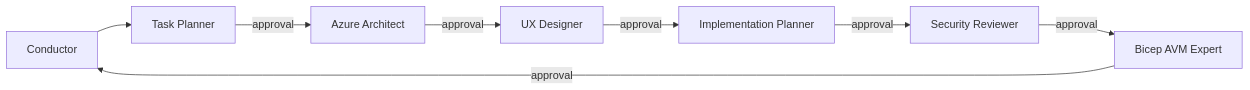
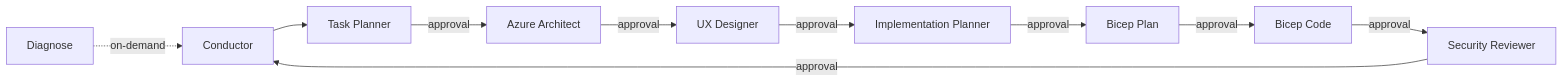
The second of 2 diagrams in docs/agents-and-skills.md (jonathan-vella/hacker-board), drawn with Mermaid before and after one commit. The commit also changed other lines of this file and 29 other files, not shown here.

First line of the commit message:
feat(agents): replace Bicep AVM Expert with Bicep Plan/Code, add Diagnose agent and azure-diagrams skill

````diff
--- a/docs/agents-and-skills.md
+++ b/docs/agents-and-skills.md
@@ -104,10 +109,12 @@
 ```mermaid
 graph LR
     C[Conductor] --> TP[Task Planner]
     TP -->|approval| AA[Azure Architect]
     AA -->|approval| UX[UX Designer]
     UX -->|approval| IP[Implementation Planner]
-    IP -->|approval| SR[Security Reviewer]
-    SR -->|approval| BA[Bicep AVM Expert]
-    BA -->|approval| C
+    IP -->|approval| BP[Bicep Plan]
+    BP -->|approval| BC[Bicep Code]
+    BC -->|approval| SR[Security Reviewer]
+    SR -->|approval| C
+    DG[Diagnose] -.->|on-demand| C
 ```
````
